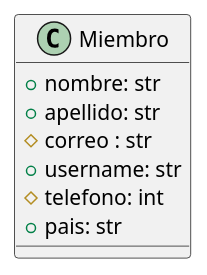
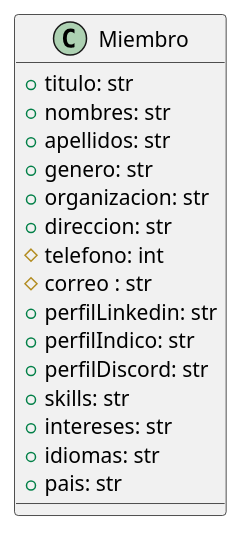
The diagram in docs/source/backend/miembro.puml (macagua/scrumlatamcomunidad.backend), drawn with PlantUML before and after one commit.

Commit message:
Update miembro.puml
Actualizacion de entidad miembros

```diff
--- a/docs/source/backend/miembro.puml
+++ b/docs/source/backend/miembro.puml
@@ -1,10 +1,19 @@
 @startuml
 class Miembro{
-  +nombre: str
-  +apellido: str
+  +titulo: str
+  +nombres: str
+  +apellidos: str
+  +genero: str
+  +organizacion: str
+  +direccion: str  
+  #telefono: int
   #correo : str
-  +username: str
-  #telefono: int
+  +perfilLinkedin: str
+  +perfilIndico: str
+  +perfilDiscord: str
+  +skills: str
+  +intereses: str
+  +idiomas: str
   +pais: str
 }
 @enduml
```
